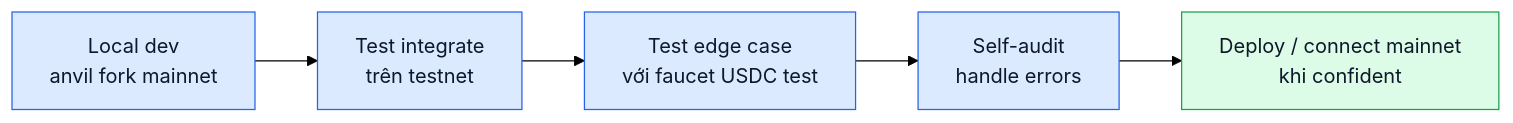
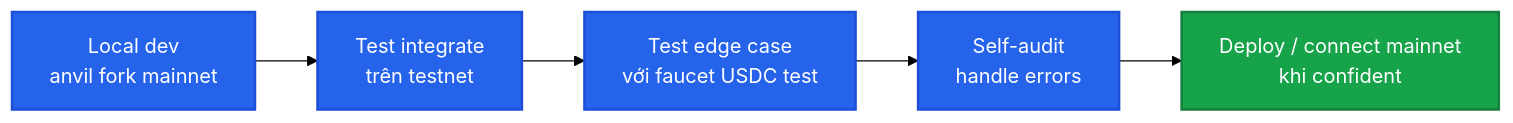
One commit to PrediX-Protocol/predix-docs changed the diagram in vi_v6/developers/testnet.md. Above: the diagram before and after it, drawn with Mermaid (forest theme). The commit also changed 32 other files, not shown here.

First line of the commit message:
docs(vi_v6): redesign Mermaid theme — solid mid-tone palette + dark theme

````diff
--- a/vi_v6/developers/testnet.md
+++ b/vi_v6/developers/testnet.md
@@ -125,12 +125,12 @@
 ```mermaid
 flowchart LR
     Local[Local dev<br/>anvil fork mainnet] --> Stage1[Test integrate<br/>trên testnet]
     Stage1 --> Stage2[Test edge case<br/>với faucet USDC test]
     Stage2 --> Audit[Self-audit<br/>handle errors]
     Audit --> Mainnet[Deploy / connect mainnet<br/>khi confident]
 
-    classDef stage fill:#dbeafe,stroke:#2563eb,color:#0f172a
-    classDef done fill:#dcfce7,stroke:#16a34a,color:#0f172a
+    classDef stage fill:#2563eb,stroke:#1d4ed8,color:#fff,stroke-width:2px
+    classDef done fill:#16a34a,stroke:#15803d,color:#fff,stroke-width:2px
     class Local,Stage1,Stage2,Audit stage
     class Mainnet done
 ```
````
